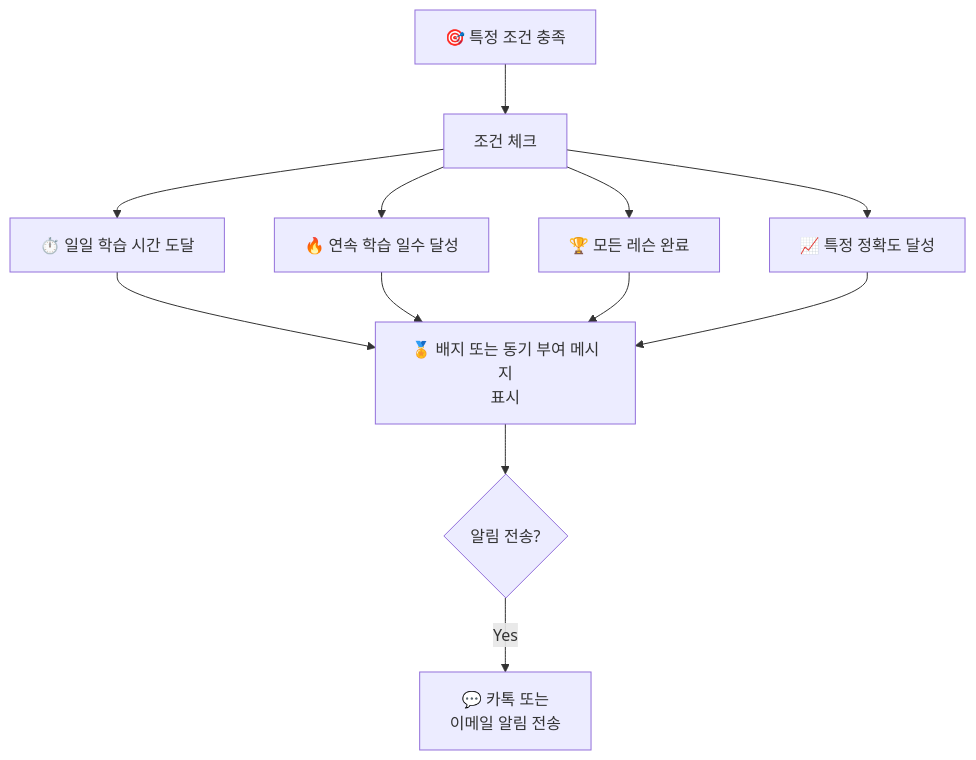
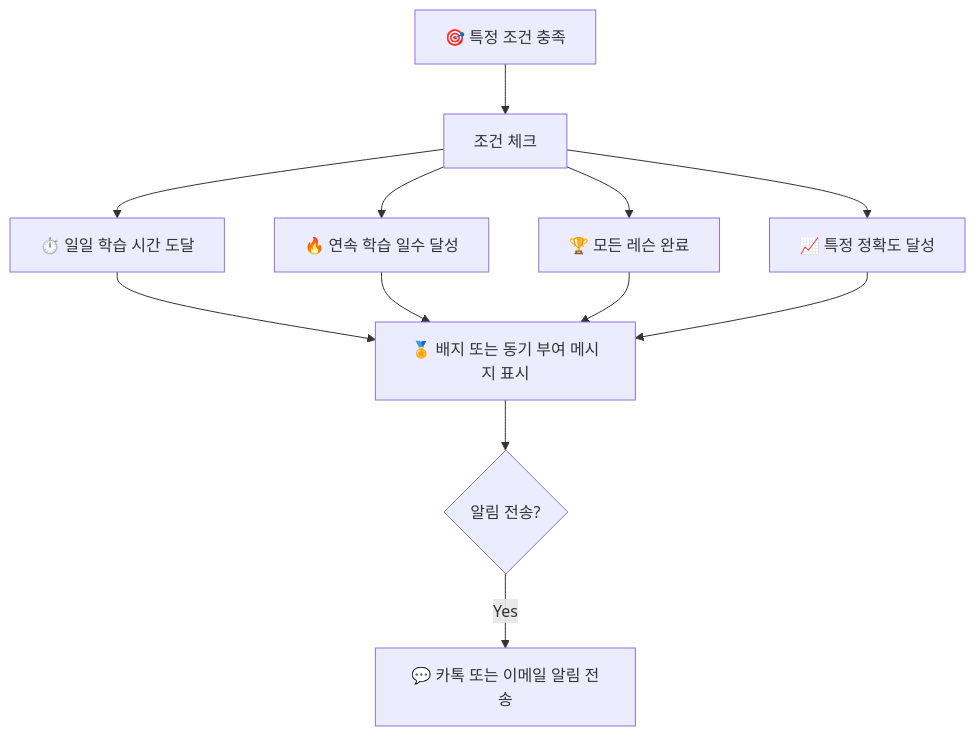
Diagram 13 of 15 in doc/USER_FLOW.md (hamonia777/Real-time-sign-language-translation-service-Backend), drawn with Mermaid before and after one commit. The commit also changed other lines of this file, not shown here.

Commit message:
FIX : mermaid 코드 에러 수정

````diff
--- a/doc/USER_FLOW.md
+++ b/doc/USER_FLOW.md
@@ -268,14 +285,14 @@
 ```mermaid
 graph TD
     A["🎯 특정 조건 충족"] --> B["조건 체크"]
     B --> C["⏱️ 일일 학습 시간 도달"]
     B --> D["🔥 연속 학습 일수 달성"]
     B --> E["🏆 모든 레슨 완료"]
     B --> F["📈 특정 정확도 달성"]
-    C --> G["🏅 배지 또는 동기 부여 메시지<br/>표시"]
+    C --> G["🏅 배지 또는 동기 부여 메시지 표시"]
     D --> G
     E --> G
     F --> G
     G --> H{알림 전송?}
-    H -->|Yes| I["💬 카톡 또는<br/>이메일 알림 전송"]
+    H -->|Yes| I["💬 카톡 또는 이메일 알림 전송"]
 ```
````
